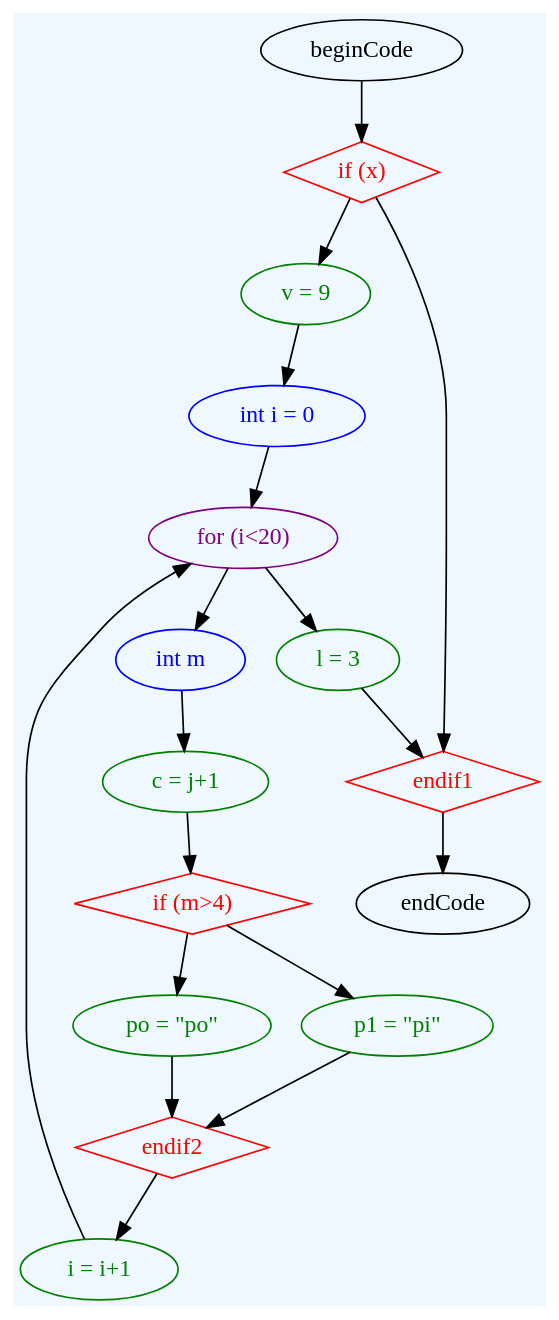
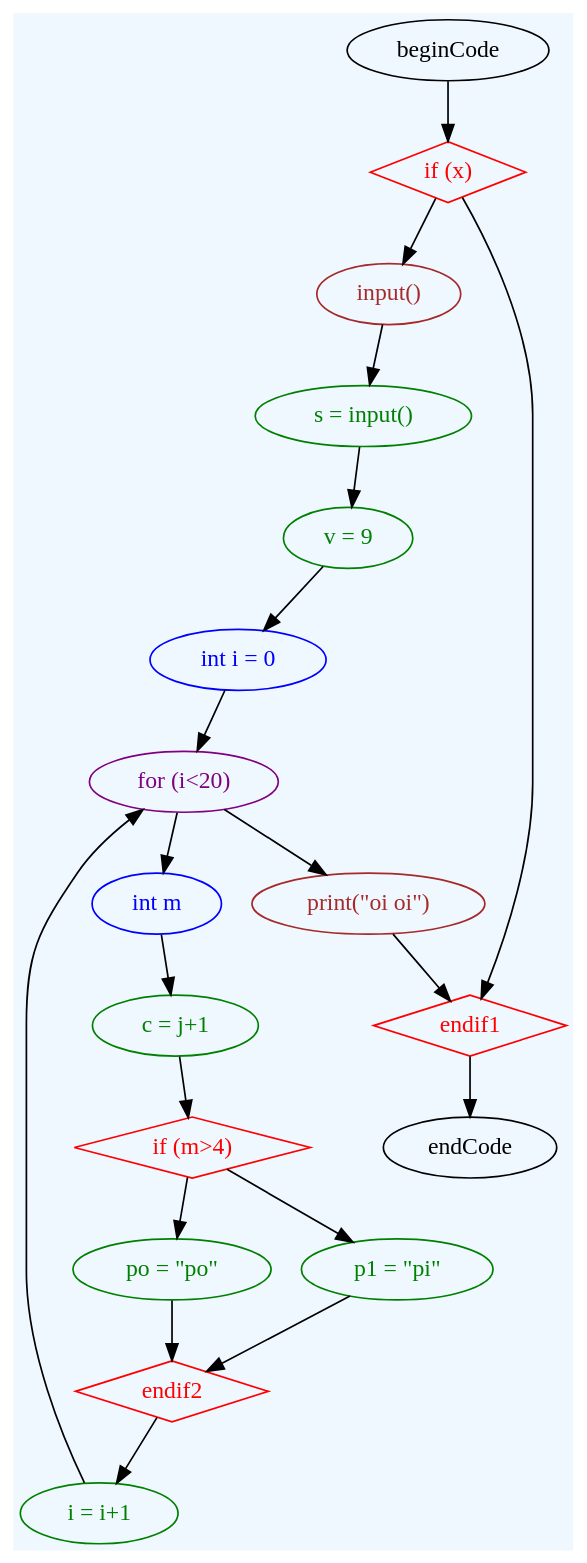
One commit to saracqueiros/EG22 changed the diagram in TP3/doctest-output/grammar.gv. Above: the diagram before and after it, drawn with Graphviz. The commit also changed 5 other files, not shown here.

```diff
--- a/TP3/doctest-output/grammar.gv
+++ b/TP3/doctest-output/grammar.gv
@@ -1,34 +1,38 @@
 digraph grammar {
 	graph [bgcolor=aliceblue rankdir=TB]
 	"if (x)" [color=red fontcolor=red shape=diamond]
 	beginCode -> "if (x)"
+	"input()" [color=brown fontcolor=brown]
+	"if (x)" -> "input()"
+	" s = input()" [color=green fontcolor=green]
+	"input()" -> " s = input()"
 	" v = 9" [color=green fontcolor=green]
-	"if (x)" -> " v = 9"
+	" s = input()" -> " v = 9"
 	"int i = 0 " [color=blue fontcolor=blue]
 	" v = 9" -> "int i = 0 "
 	"for (i<20)" [color=purple fontcolor=purple]
 	"int i = 0 " -> "for (i<20)"
 	" i = i+1" [color=green fontcolor=green]
 	" i = i+1" -> "for (i<20)"
 	"int m " [color=blue fontcolor=blue]
 	"for (i<20)" -> "int m "
 	" c = j+1" [color=green fontcolor=green]
 	"int m " -> " c = j+1"
 	"if (m>4)" [color=red fontcolor=red shape=diamond]
 	" c = j+1" -> "if (m>4)"
 	" po = \"po\"" [color=green fontcolor=green]
 	"if (m>4)" -> " po = \"po\""
 	endif2 [color=red fontcolor=red shape=diamond]
 	" po = \"po\"" -> endif2
 	" p1 = \"pi\"" [color=green fontcolor=green]
 	"if (m>4)" -> " p1 = \"pi\""
 	endif2 [color=red fontcolor=red shape=diamond]
 	" p1 = \"pi\"" -> endif2
 	endif2 -> " i = i+1"
-	" l = 3" [color=green fontcolor=green]
-	"for (i<20)" -> " l = 3"
+	"print(\"oi oi\")" [color=brown fontcolor=brown]
+	"for (i<20)" -> "print(\"oi oi\")"
 	endif1 [color=red fontcolor=red shape=diamond]
-	" l = 3" -> endif1
+	"print(\"oi oi\")" -> endif1
 	"if (x)" -> endif1
 	endif1 -> endCode
 }
```
